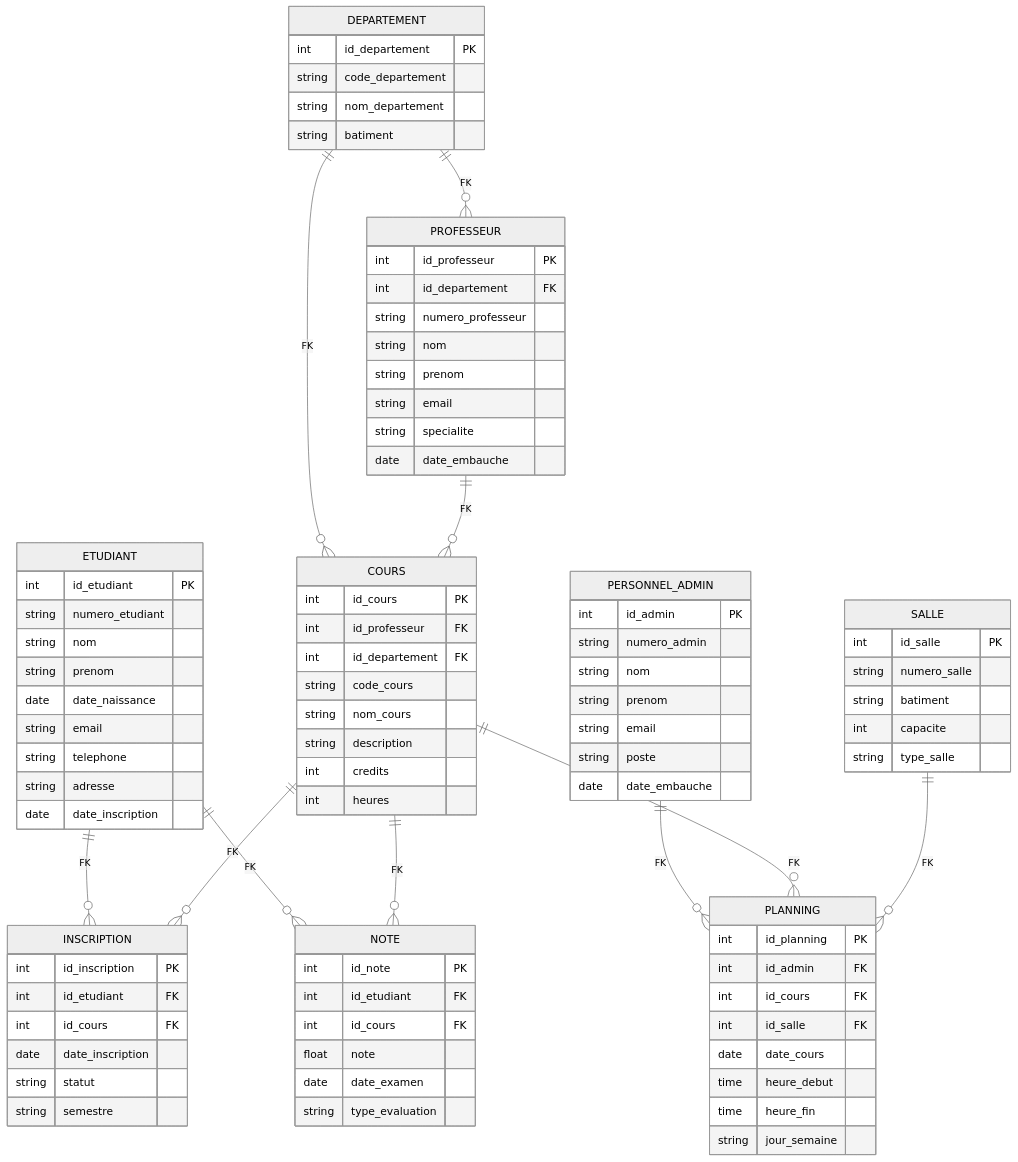
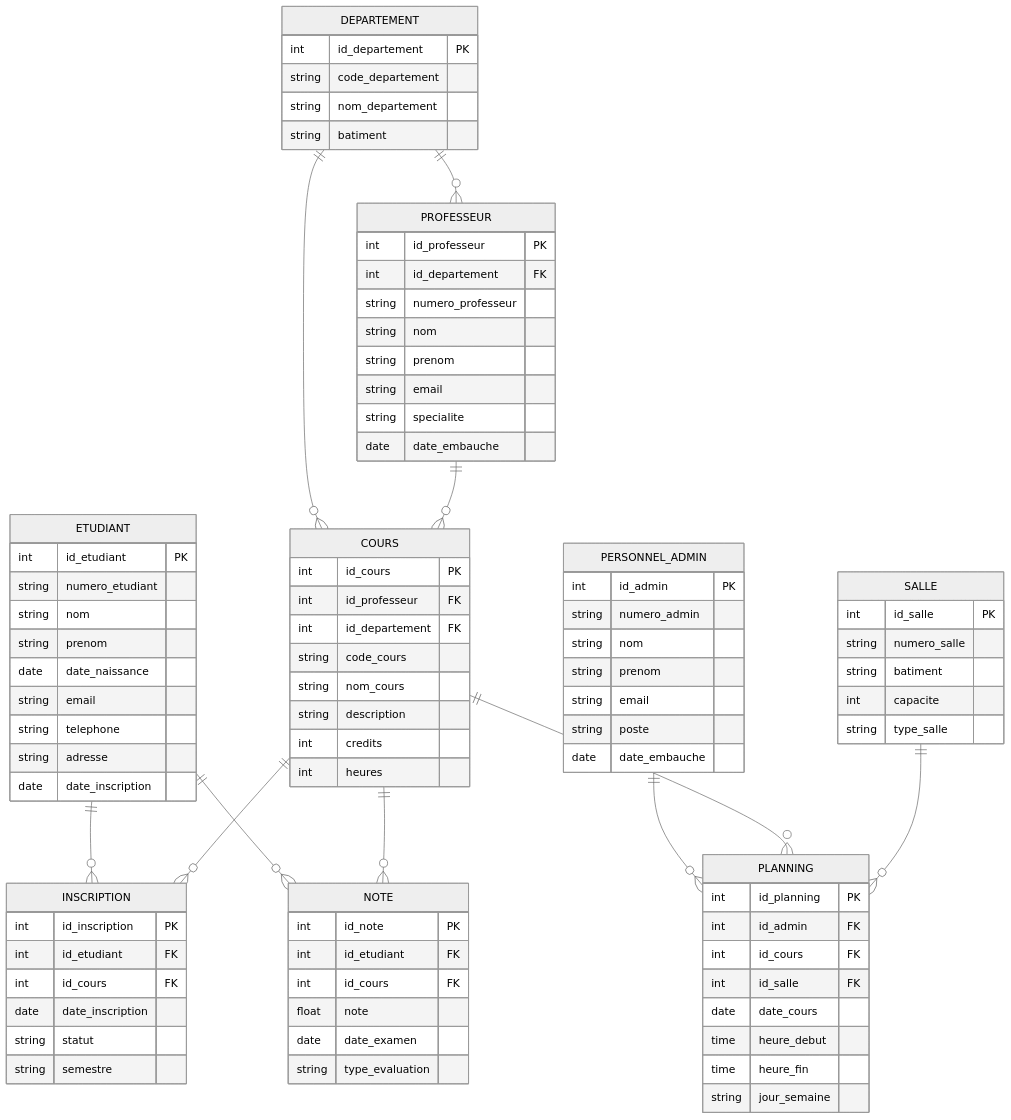
The diagram in MLD.mmd (seyli01/DEV), drawn with Mermaid (neutral theme) before and after one commit.

Commit message:
Remove foreign key labels from MLD diagram

```diff
--- a/MLD.mmd
+++ b/MLD.mmd
@@ -1,99 +1,99 @@
 erDiagram
-    DEPARTEMENT ||--o{ PROFESSEUR : "FK"
-    DEPARTEMENT ||--o{ COURS : "FK"
-    PROFESSEUR ||--o{ COURS : "FK"
-    ETUDIANT ||--o{ INSCRIPTION : "FK"
-    COURS ||--o{ INSCRIPTION : "FK"
-    ETUDIANT ||--o{ NOTE : "FK"
-    COURS ||--o{ NOTE : "FK"
-    PERSONNEL_ADMIN ||--o{ PLANNING : "FK"
-    COURS ||--o{ PLANNING : "FK"
-    SALLE ||--o{ PLANNING : "FK"
+    DEPARTEMENT ||--o{ PROFESSEUR : ""
+    DEPARTEMENT ||--o{ COURS : ""
+    PROFESSEUR ||--o{ COURS : ""
+    ETUDIANT ||--o{ INSCRIPTION : ""
+    COURS ||--o{ INSCRIPTION : ""
+    ETUDIANT ||--o{ NOTE : ""
+    COURS ||--o{ NOTE : ""
+    PERSONNEL_ADMIN ||--o{ PLANNING : ""
+    COURS ||--o{ PLANNING : ""
+    SALLE ||--o{ PLANNING : ""
 
     ETUDIANT {
         int id_etudiant PK
         string numero_etudiant
         string nom
         string prenom
         date date_naissance
         string email
         string telephone
         string adresse
         date date_inscription
     }
 
     PROFESSEUR {
         int id_professeur PK
         int id_departement FK
         string numero_professeur
         string nom
         string prenom
         string email
         string specialite
         date date_embauche
     }
 
     COURS {
         int id_cours PK
         int id_professeur FK
         int id_departement FK
         string code_cours
         string nom_cours
         string description
         int credits
         int heures
     }
 
     DEPARTEMENT {
         int id_departement PK
         string code_departement
         string nom_departement
         string batiment
     }
 
     PERSONNEL_ADMIN {
         int id_admin PK
         string numero_admin
         string nom
         string prenom
         string email
         string poste
         date date_embauche
     }
 
     SALLE {
         int id_salle PK
         string numero_salle
         string batiment
         int capacite
         string type_salle
     }
 
     INSCRIPTION {
         int id_inscription PK
         int id_etudiant FK
         int id_cours FK
         date date_inscription
         string statut
         string semestre
     }
 
     NOTE {
         int id_note PK
         int id_etudiant FK
         int id_cours FK
         float note
         date date_examen
         string type_evaluation
     }
 
     PLANNING {
         int id_planning PK
         int id_admin FK
         int id_cours FK
         int id_salle FK
         date date_cours
         time heure_debut
         time heure_fin
         string jour_semaine
     }
```
